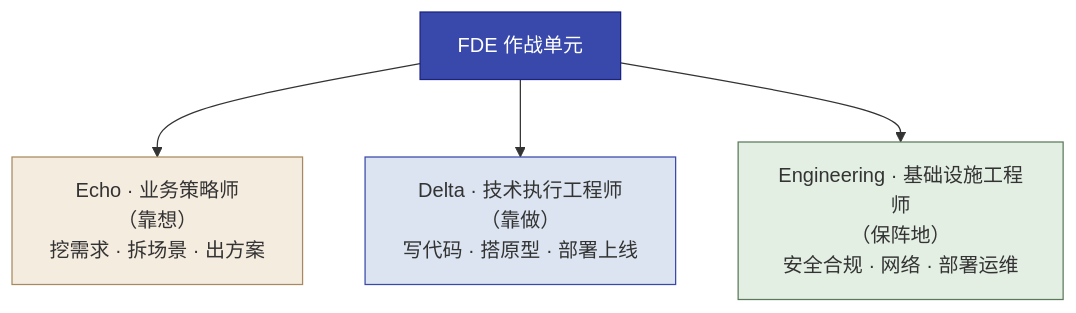
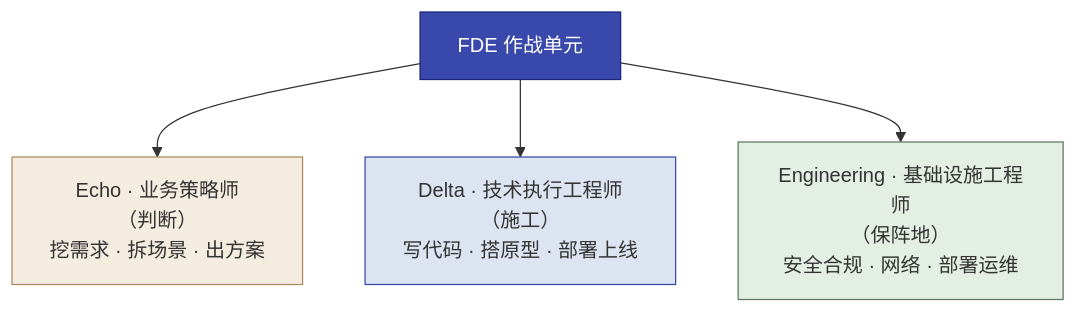
One commit to cloudzun/fde-102 changed the second of 9 diagrams in textbook/第03章_FDE交付四阶段与能力回注.md. Above: the diagram before and after it, drawn with Mermaid. The commit also changed other lines of this file and 420 other files, not shown here.

````diff
--- a/textbook/第03章_FDE交付四阶段与能力回注.md
+++ b/textbook/第03章_FDE交付四阶段与能力回注.md
@@ -75,11 +75,11 @@
 ```mermaid
 flowchart TB
     unit["FDE 作战单元"]
-    unit --> echo["Echo · 业务策略师<br/>（靠想）<br/>挖需求 · 拆场景 · 出方案"]
-    unit --> delta["Delta · 技术执行工程师<br/>（靠做）<br/>写代码 · 搭原型 · 部署上线"]
+    unit --> echo["Echo · 业务策略师<br/>（判断）<br/>挖需求 · 拆场景 · 出方案"]
+    unit --> delta["Delta · 技术执行工程师<br/>（施工）<br/>写代码 · 搭原型 · 部署上线"]
     unit --> eng["Engineering · 基础设施工程师<br/>（保阵地）<br/>安全合规 · 网络 · 部署运维"]
     style unit fill:#3949ab,color:#fff,stroke:#1a237e
     style echo fill:#f5ece0,stroke:#a8895f
     style delta fill:#dbe4f0,stroke:#3949ab
     style eng fill:#e4efe4,stroke:#5b7a5b
 ```
````
